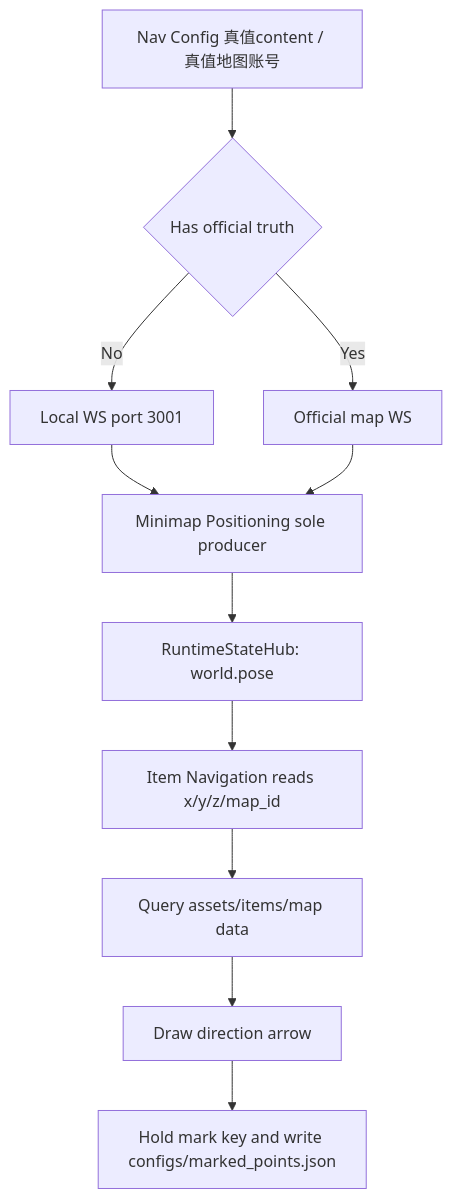
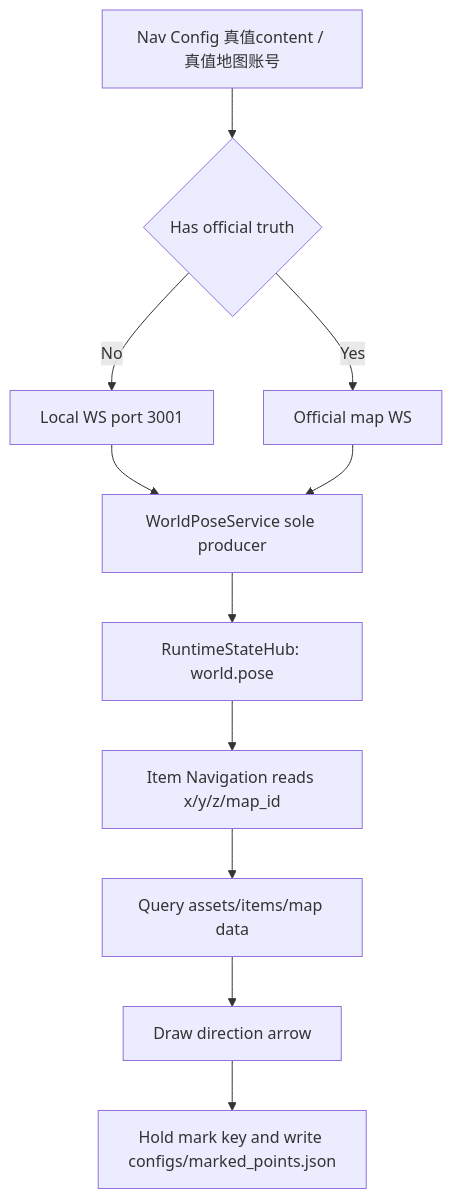
One commit to AliceJump/ok-end-field changed the diagram in docs/en/item-navigation.md. Above: the diagram before and after it, drawn with Mermaid. The commit also changed other lines of this file and 47 other files, not shown here.

Commit message:
refactor(localization): 将小地图定位改为应用级服务

````diff
--- a/docs/en/item-navigation.md
+++ b/docs/en/item-navigation.md
@@ -71,13 +71,13 @@
 ```mermaid
 flowchart TD
     A[Nav Config 真值content / 真值地图账号] --> D{Has official truth}
-    B[Local WS port 3001] --> C[Minimap Positioning sole producer]
+    B[Local WS port 3001] --> C[WorldPoseService sole producer]
     D -->|Yes| E[Official map WS]
     D -->|No| B
     E --> C
     C --> F[RuntimeStateHub: world.pose]
     F --> G[Item Navigation reads x/y/z/map_id]
     G --> H[Query assets/items/map data]
     H --> I[Draw direction arrow]
     I --> J[Hold mark key and write configs/marked_points.json]
 ```
````
